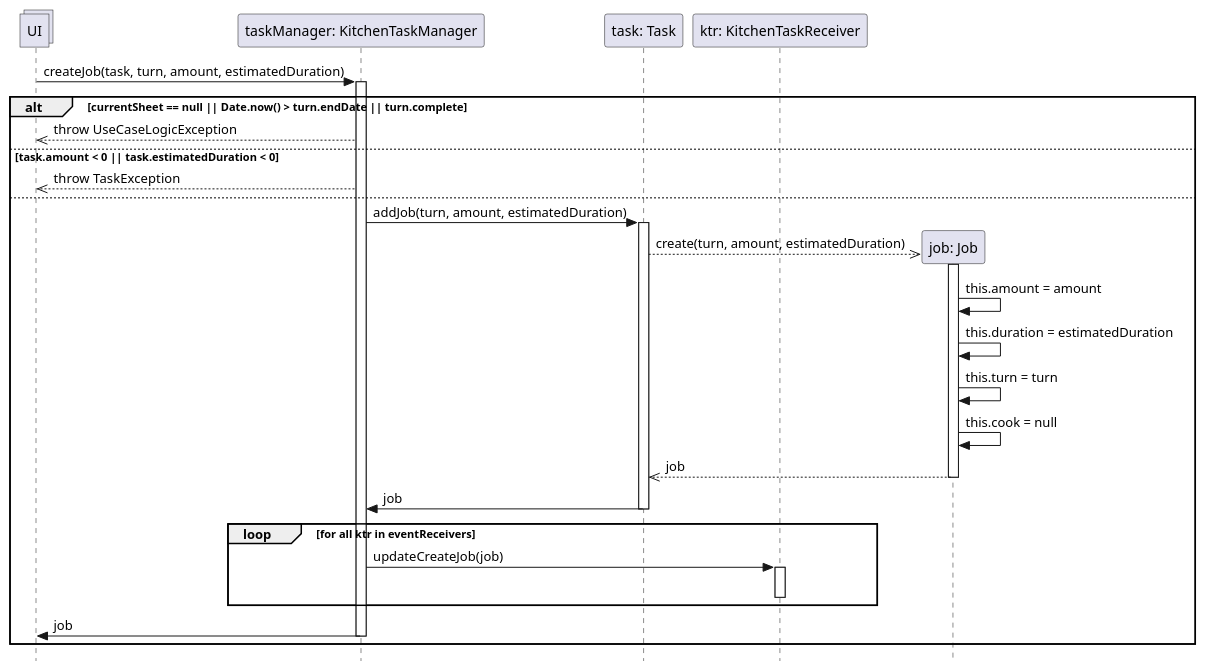
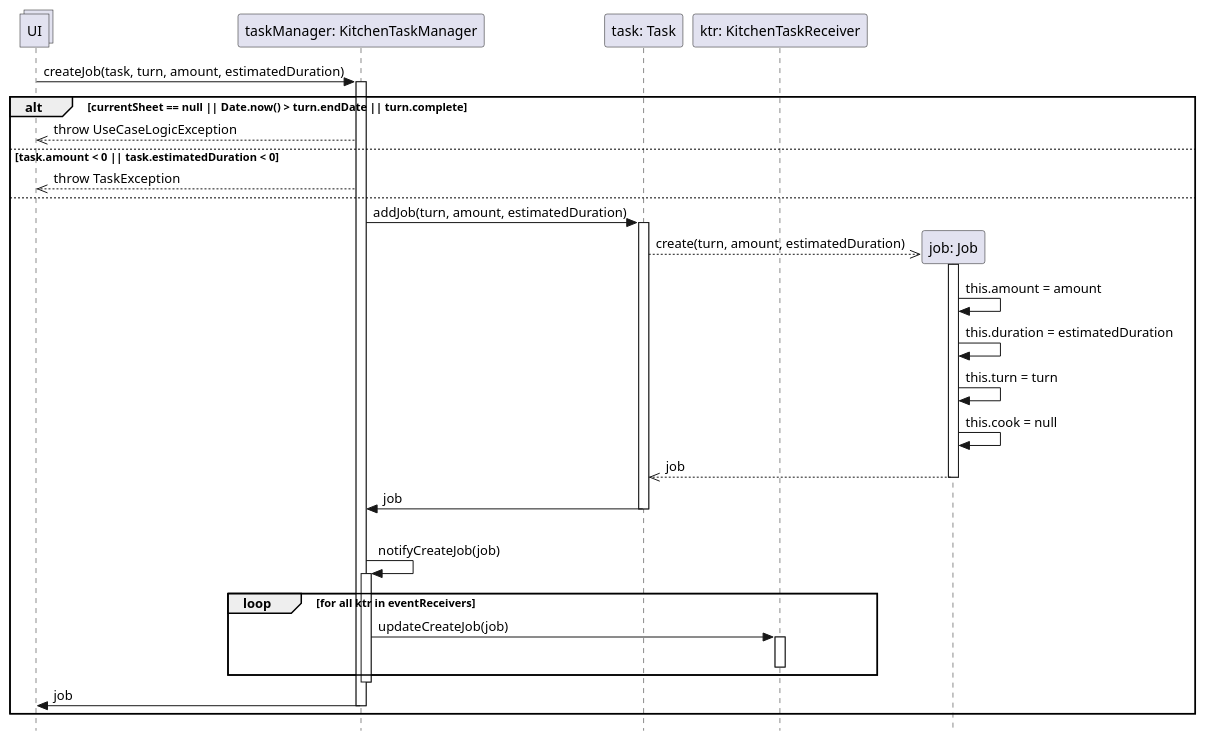
The diagram in UC Gestire Compiti Cucina/Progettazione/DSD Operazione 6.puml (stefa168/sas-project), drawn with PlantUML before and after one commit. The commit also changed 6 other files, not shown here.

```diff
--- a/UC Gestire Compiti Cucina/Progettazione/DSD Operazione 6.puml
+++ b/UC Gestire Compiti Cucina/Progettazione/DSD Operazione 6.puml
@@ -1,47 +1,51 @@
 @startuml Operazione 6
 skinparam Style strictuml
 
 collections UI
 
 participant "taskManager: KitchenTaskManager" as tm
 UI -> tm: createJob(task, turn, amount, estimatedDuration)
 activate tm
 
 participant "task: Task" as task
 participant "ktr: KitchenTaskReceiver" as ktr
 
 alt currentSheet == null || Date.now() > turn.endDate || turn.complete
     UI <<-- tm: throw UseCaseLogicException
 else task.amount < 0 || task.estimatedDuration < 0
     UI <<-- tm: throw TaskException
 else
 
     tm -> task: addJob(turn, amount, estimatedDuration)
     activate task
 
     participant "job: Job" as job
     task -->> job**: create(turn, amount, estimatedDuration)
 
     activate job
         job -> job: this.amount = amount
         job -> job: this.duration = estimatedDuration
         job -> job: this.turn = turn
         job -> job: this.cook = null
 
     return job
 
     tm <- task: job
     deactivate task
 
+    |||
+    tm -> tm: notifyCreateJob(job)
+    activate tm
     loop for all ktr in eventReceivers
         tm -> ktr : updateCreateJob(job)
         activate ktr
         deactivate ktr
     end
+    deactivate tm
 
     UI <- tm: job
     deactivate tm
     
 end
 
 @enduml
```
